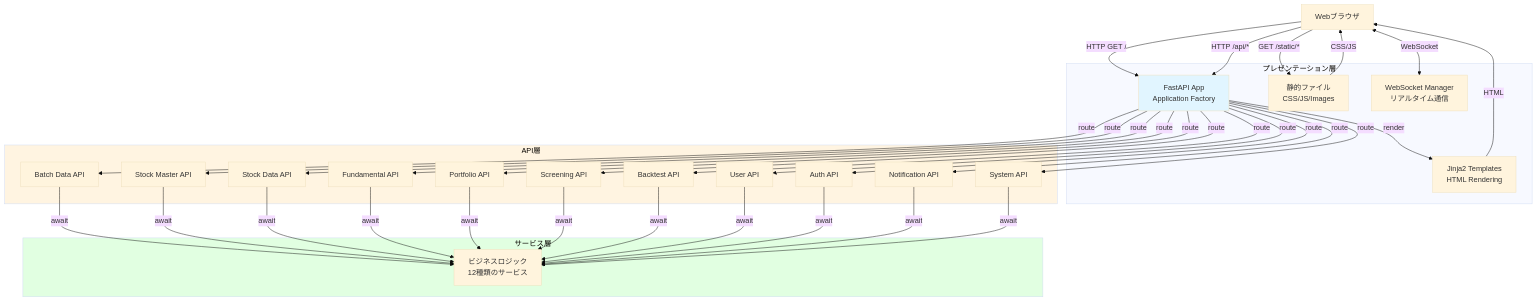
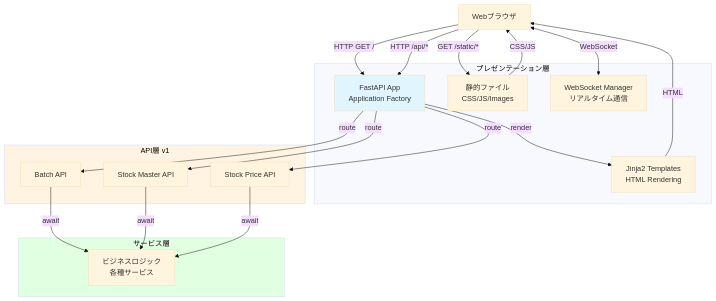
The second of 3 diagrams in docs/architecture/layers/presentation_layer.md (develop-nti-0902/STOCK-INVESTMENT-ANALYZER), drawn with Mermaid (base theme) before and after one commit. The commit also changed other lines of this file and 6 other files, not shown here.

````diff
--- a/docs/architecture/layers/presentation_layer.md
+++ b/docs/architecture/layers/presentation_layer.md
@@ -506,46 +376,38 @@
 ```mermaid
 graph TB
     Browser[Webブラウザ]
 
     subgraph Presentation[プレゼンテーション層]
         FastAPI[FastAPI App<br/>Application Factory]
         Templates[Jinja2 Templates<br/>HTML Rendering]
         StaticFiles[静的ファイル<br/>CSS/JS/Images]
         WebSocket[WebSocket Manager<br/>リアルタイム通信]
     end
 
-    subgraph APILayer[API層]
-        Router1[Batch Data API]
+    subgraph APILayer[API層 v1]
+        Router1[Batch API]
         Router2[Stock Master API]
-        Router3[Stock Data API]
-        Router4[Fundamental API]
-        Router5[Portfolio API]
-        Router6[Screening API]
-        Router7[Backtest API]
-        Router8[User API]
-        Router9[Auth API]
-        Router10[Notification API]
-        Router11[System API]
+        Router3[Stock Price API]
     end
 
     subgraph ServiceLayer[サービス層]
-        Services[ビジネスロジック<br/>12種類のサービス]
+        Services[ビジネスロジック<br/>各種サービス]
     end
 
     Browser -->|HTTP GET /| FastAPI
     FastAPI -->|render| Templates
     Templates -->|HTML| Browser
 
     Browser -->|GET /static/*| StaticFiles
     StaticFiles -->|CSS/JS| Browser
 
     Browser <-->|WebSocket| WebSocket
 
     Browser -->|HTTP /api/*| FastAPI
-    FastAPI -->|route| Router1 & Router2 & Router3 & Router4 & Router5 & Router6 & Router7 & Router8 & Router9 & Router10 & Router11
-    Router1 & Router2 & Router3 & Router4 & Router5 & Router6 & Router7 & Router8 & Router9 & Router10 & Router11 -->|await| Services
+    FastAPI -->|route| Router1 & Router2 & Router3
+    Router1 & Router2 & Router3 -->|await| Services
 
     style FastAPI fill:#e1f5ff
     style APILayer fill:#fff4e1
     style ServiceLayer fill:#e1ffe1
 ```
````
